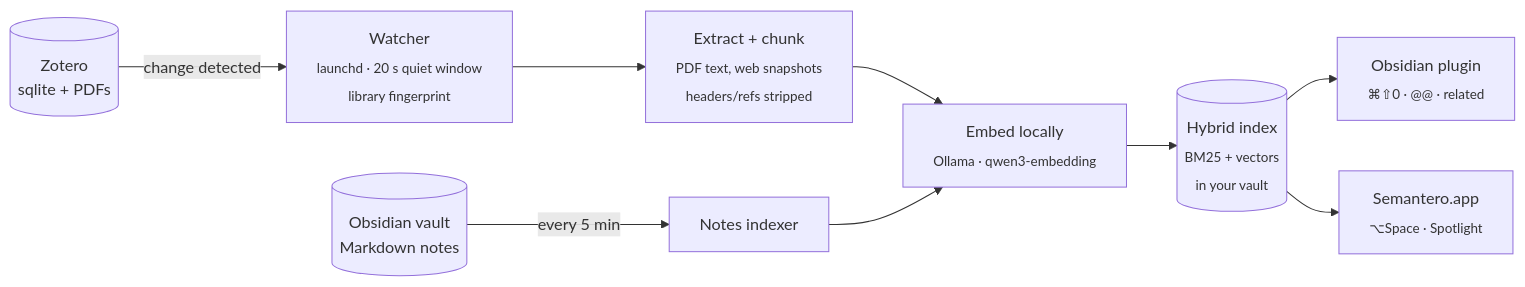
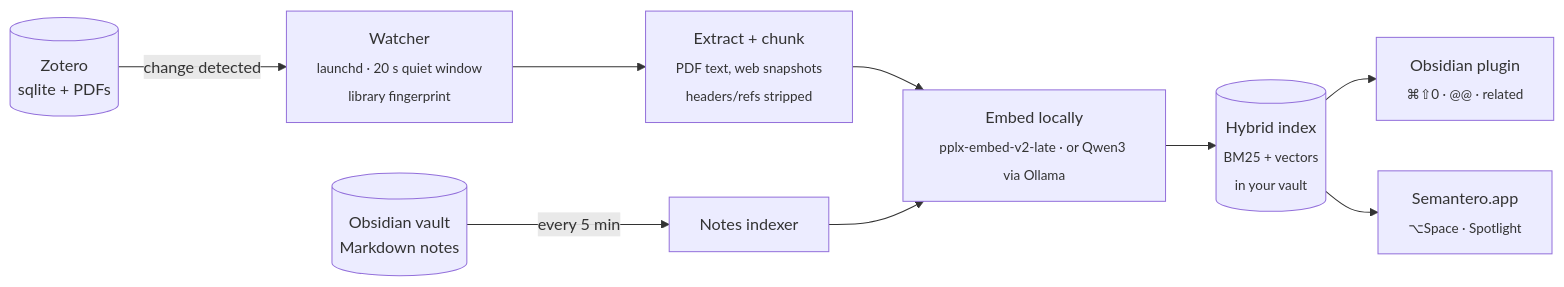
Before and after one commit to standard-model-lagrangian/Semantero: the diagram in README.md, drawn with Mermaid. The commit also changed other lines of this file and 11 other files, not shown here.

First line of the commit message:
feat(setup): pplx-embed-v2-late is the default for new installs

````diff
--- a/README.md
+++ b/README.md
@@ -56,11 +56,11 @@
 ```mermaid
 flowchart LR
     Z[("Zotero<br/>sqlite + PDFs")] -->|change detected| W["Watcher<br/><sub>launchd · 20 s quiet window<br/>library fingerprint</sub>"]
     V[("Obsidian vault<br/>Markdown notes")] -->|every 5 min| N["Notes indexer"]
     W --> X["Extract + chunk<br/><sub>PDF text, web snapshots<br/>headers/refs stripped</sub>"]
-    X --> E["Embed locally<br/><sub>Ollama · qwen3-embedding</sub>"]
+    X --> E["Embed locally<br/><sub>pplx-embed-v2-late · or Qwen3 via Ollama</sub>"]
     N --> E
     E --> I[("Hybrid index<br/><sub>BM25 + vectors<br/>in your vault</sub>")]
     I --> P["Obsidian plugin<br/><sub>⌘⇧0 · @@ · related</sub>"]
     I --> L["Semantero.app<br/><sub>⌥Space · Spotlight</sub>"]
 ```
````
